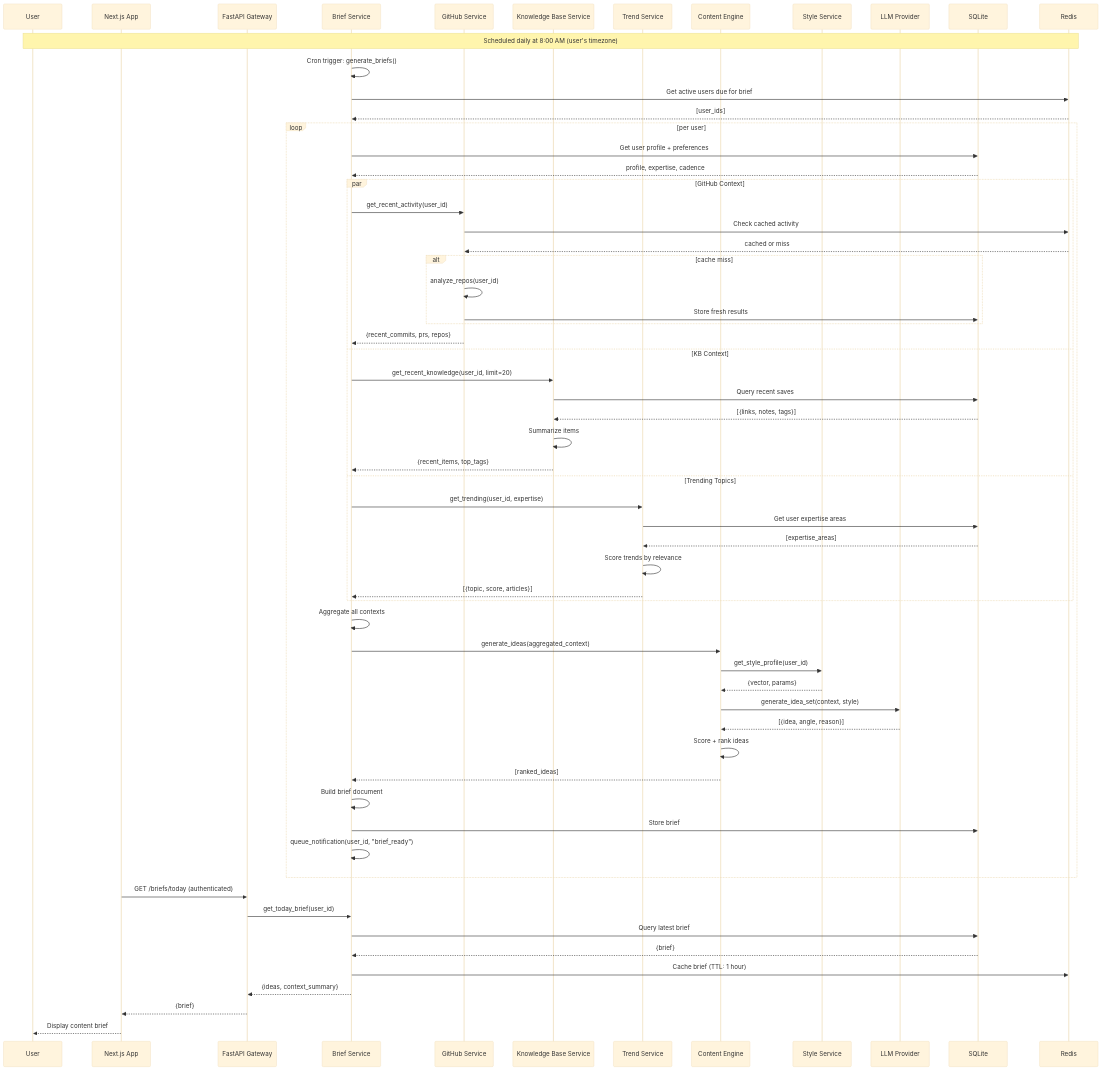
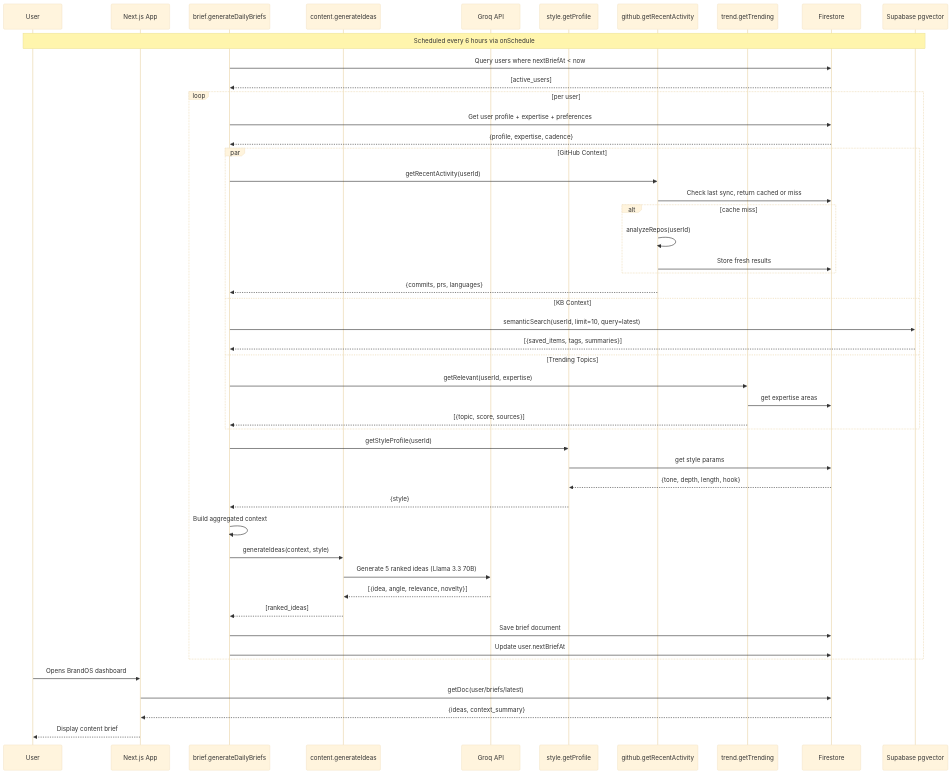
Before and after one commit to Blacksujit/AI-Brand-OS: the seventh of 13 diagrams in docs/02_SYSTEM_ARCHITECTURE.md, drawn with Mermaid (base theme). The commit also changed other lines of this file and 50 other files, not shown here.

First line of the commit message:
docs: rewrite architecture docs for Firebase/TypeScript stack

````diff
--- a/docs/02_SYSTEM_ARCHITECTURE.md
+++ b/docs/02_SYSTEM_ARCHITECTURE.md
@@ -501,71 +628,59 @@
 ```mermaid
 sequenceDiagram
   participant User
   participant Web as Next.js App
-  participant API as FastAPI Gateway
-  participant Brief as Brief Service
-  participant GitHub as GitHub Service
-  participant KB as Knowledge Base Service
-  participant Trend as Trend Service
-  participant Content as Content Engine
-  participant Style as Style Service
-  participant LLM as LLM Provider
-  participant DB as SQLite
-  participant Cache as Redis
+  participant BriefFn as brief.generateDailyBriefs
+  participant ContentFn as content.generateIdeas
+  participant Groq as Groq API
+  participant StyleFn as style.getProfile
+  participant Github as github.getRecentActivity
+  participant Trend as trend.getTrending
+  participant FS as Firestore
+  participant Vectors as Supabase pgvector
 
-  Note over User,Cache: Scheduled daily at 8:00 AM (user's timezone)
+  Note over User,Vectors: Scheduled every 6 hours via onSchedule
 
-  Brief->>Brief: Cron trigger: generate_briefs()
-  Brief->>Cache: Get active users due for brief
-  Cache-->>Brief: [user_ids]
+  BriefFn->>FS: Query users where nextBriefAt < now
+  FS-->>BriefFn: [active_users]
 
   loop per user
-    Brief->>DB: Get user profile + preferences
-    DB-->>Brief: profile, expertise, cadence
+    BriefFn->>FS: Get user profile + expertise + preferences
+    FS-->>BriefFn: {profile, expertise, cadence}
 
     par GitHub Context
-      Brief->>GitHub: get_recent_activity(user_id)
-      GitHub->>Cache: Check cached activity
-      Cache-->>GitHub: cached or miss
+      BriefFn->>Github: getRecentActivity(userId)
+      Github->>FS: Check last sync, return cached or miss
       alt cache miss
-        GitHub->>GitHub: analyze_repos(user_id)
-        GitHub->>DB: Store fresh results
+        Github->>Github: analyzeRepos(userId)
+        Github->>FS: Store fresh results
       end
-      GitHub-->>Brief: {recent_commits, prs, repos}
+      Github-->>BriefFn: {commits, prs, languages}
     and KB Context
-      Brief->>KB: get_recent_knowledge(user_id, limit=20)
-      KB->>DB: Query recent saves
-      DB-->>KB: [{links, notes, tags}]
-      KB->>KB: Summarize items
-      KB-->>Brief: {recent_items, top_tags}
+      BriefFn->>Vectors: semanticSearch(userId, limit=10, query=latest)
+      Vectors-->>BriefFn: [{saved_items, tags, summaries}]
     and Trending Topics
-      Brief->>Trend: get_trending(user_id, expertise)
-      Trend->>DB: Get user expertise areas
-      DB-->>Trend: [expertise_areas]
-      Trend->>Trend: Score trends by relevance
-      Trend-->>Brief: [{topic, score, articles}]
+      BriefFn->>Trend: getRelevant(userId, expertise)
+      Trend->>FS: get expertise areas
+      Trend-->>BriefFn: [{topic, score, sources}]
     end
 
-    Brief->>Brief: Aggregate all contexts
-    Brief->>Content: generate_ideas(aggregated_context)
-    Content->>Style: get_style_profile(user_id)
-    Style-->>Content: {vector, params}
-    Content->>LLM: generate_idea_set(context, style)
-    LLM-->>Content: [{idea, angle, reason}]
-    Content->>Content: Score + rank ideas
-    Content-->>Brief: [ranked_ideas]
+    BriefFn->>StyleFn: getStyleProfile(userId)
+    StyleFn->>FS: get style params
+    FS-->>StyleFn: {tone, depth, length, hook}
+    StyleFn-->>BriefFn: {style}
 
-    Brief->>Brief: Build brief document
-    Brief->>DB: Store brief
-    Brief->>Brief: queue_notification(user_id, "brief_ready")
+    BriefFn->>BriefFn: Build aggregated context
+    BriefFn->>ContentFn: generateIdeas(context, style)
+    ContentFn->>Groq: Generate 5 ranked ideas (Llama 3.3 70B)
+    Groq-->>ContentFn: [{idea, angle, relevance, novelty}]
+    ContentFn-->>BriefFn: [ranked_ideas]
+
+    BriefFn->>FS: Save brief document
+    BriefFn->>FS: Update user.nextBriefAt
   end
 
-  Web->>API: GET /briefs/today (authenticated)
-  API->>Brief: get_today_brief(user_id)
-  Brief->>DB: Query latest brief
-  DB-->>Brief: {brief}
-  Brief->>Cache: Cache brief (TTL: 1 hour)
-  Brief-->>API: {ideas, context_summary}
-  API-->>Web: {brief}
+  User->>Web: Opens BrandOS dashboard
+  Web->>FS: getDoc(user/briefs/latest)
+  FS-->>Web: {ideas, context_summary}
   Web-->>User: Display content brief
 ```
````
